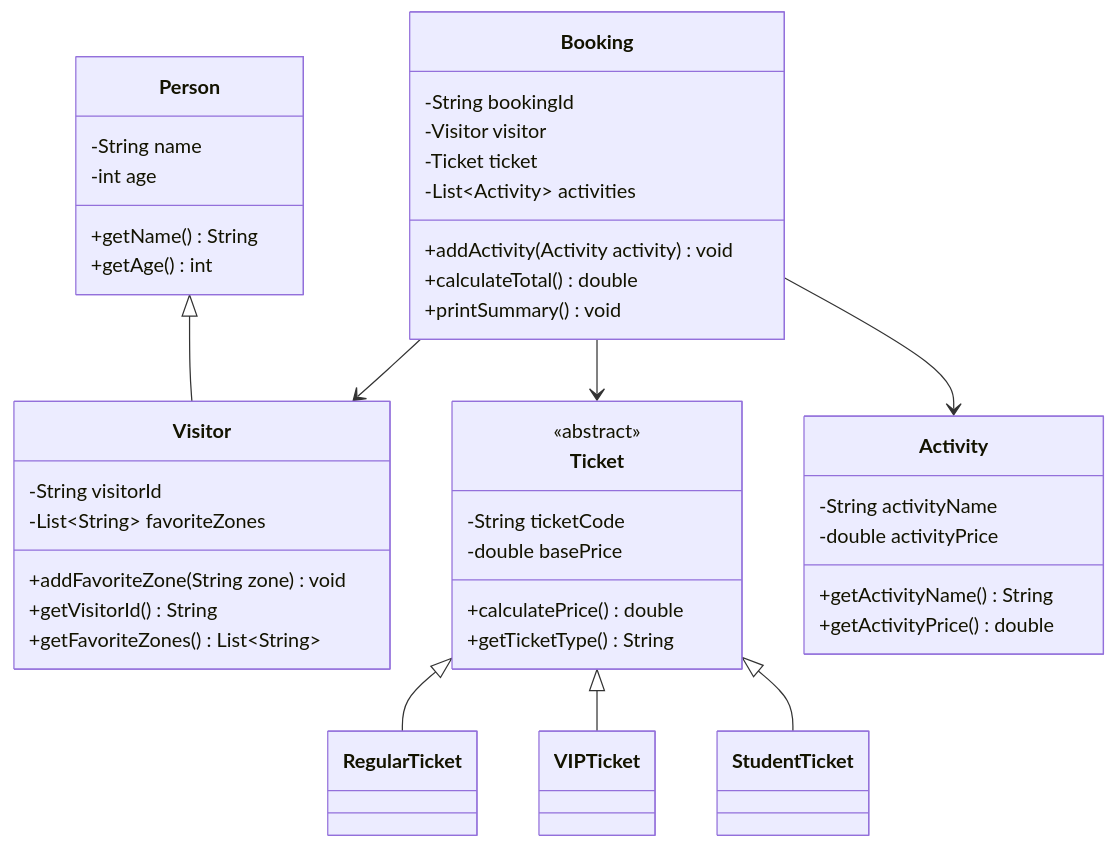
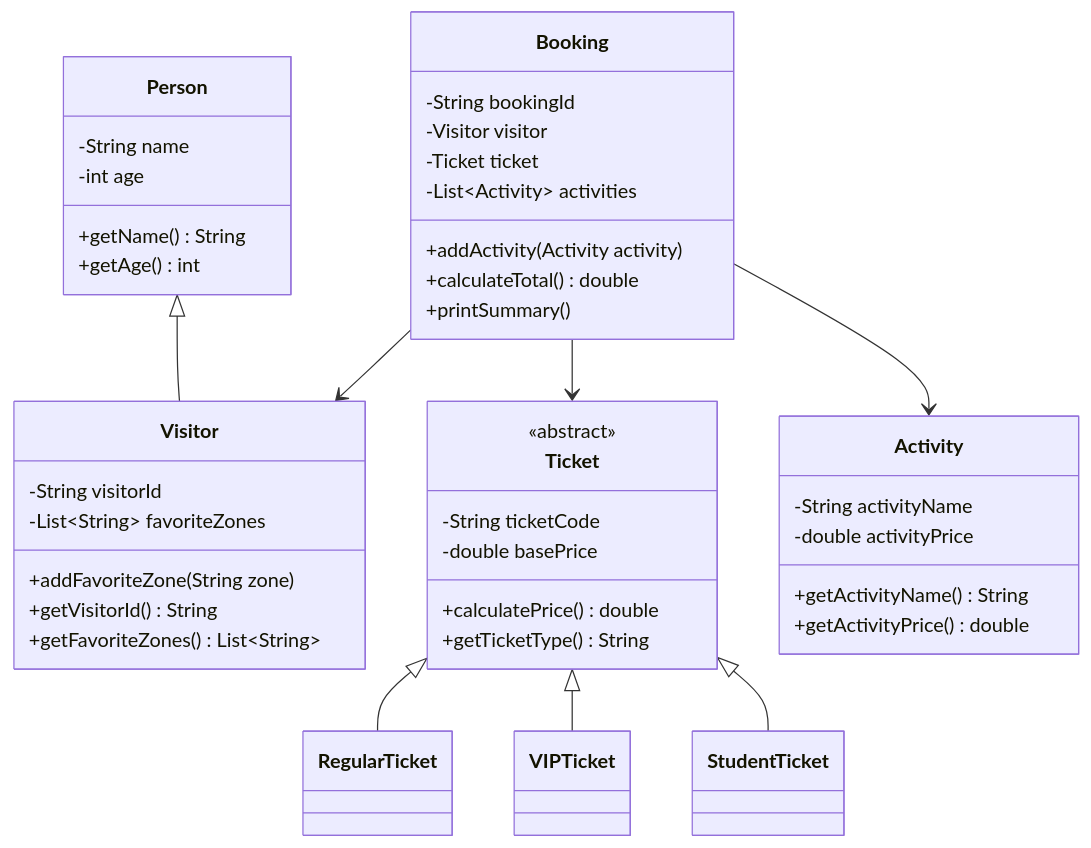
One commit to swiftiesbwery/latihan-Git changed the diagram in README.md. Above: the diagram before and after it, drawn with Mermaid. The commit also changed other lines of this file, not shown here.

````diff
--- a/README.md
+++ b/README.md
@@ -46,54 +37,54 @@
 ```mermaid
 classDiagram
     class Person {
         -String name
         -int age
         +getName() String
         +getAge() int
     }
 
     class Visitor {
         -String visitorId
         -List~String~ favoriteZones
-        +addFavoriteZone(String zone) void
+        +addFavoriteZone(String zone)
         +getVisitorId() String
         +getFavoriteZones() List~String~
     }
 
     class Ticket {
         <<abstract>>
         -String ticketCode
         -double basePrice
         +calculatePrice() double
         +getTicketType() String
     }
 
     class RegularTicket
     class VIPTicket
     class StudentTicket
 
     class Activity {
         -String activityName
         -double activityPrice
         +getActivityName() String
         +getActivityPrice() double
     }
 
     class Booking {
         -String bookingId
         -Visitor visitor
         -Ticket ticket
         -List~Activity~ activities
-        +addActivity(Activity activity) void
+        +addActivity(Activity activity)
         +calculateTotal() double
-        +printSummary() void
+        +printSummary()
     }
 
     Person <|-- Visitor
     Ticket <|-- RegularTicket
     Ticket <|-- VIPTicket
     Ticket <|-- StudentTicket
     Booking --> Visitor
     Booking --> Ticket
     Booking --> Activity
 ```
````
